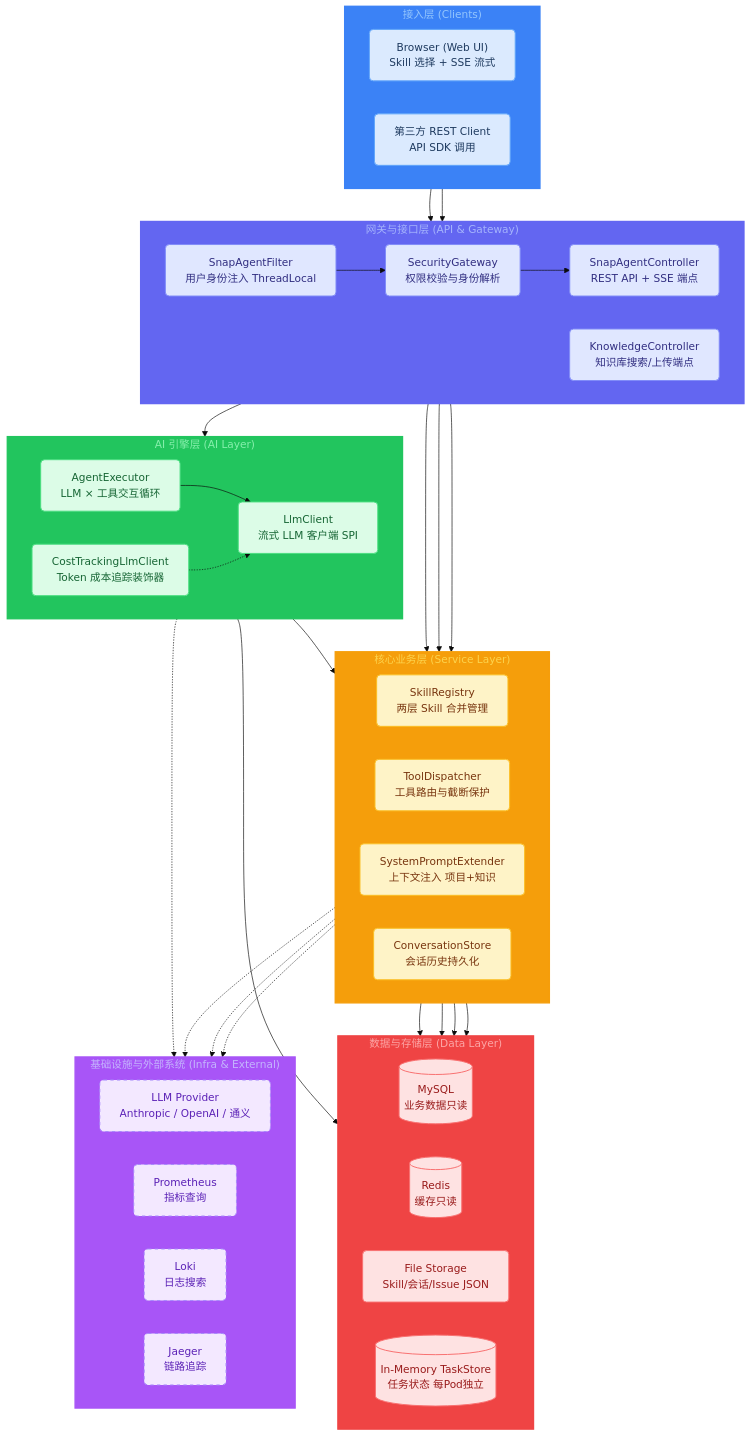
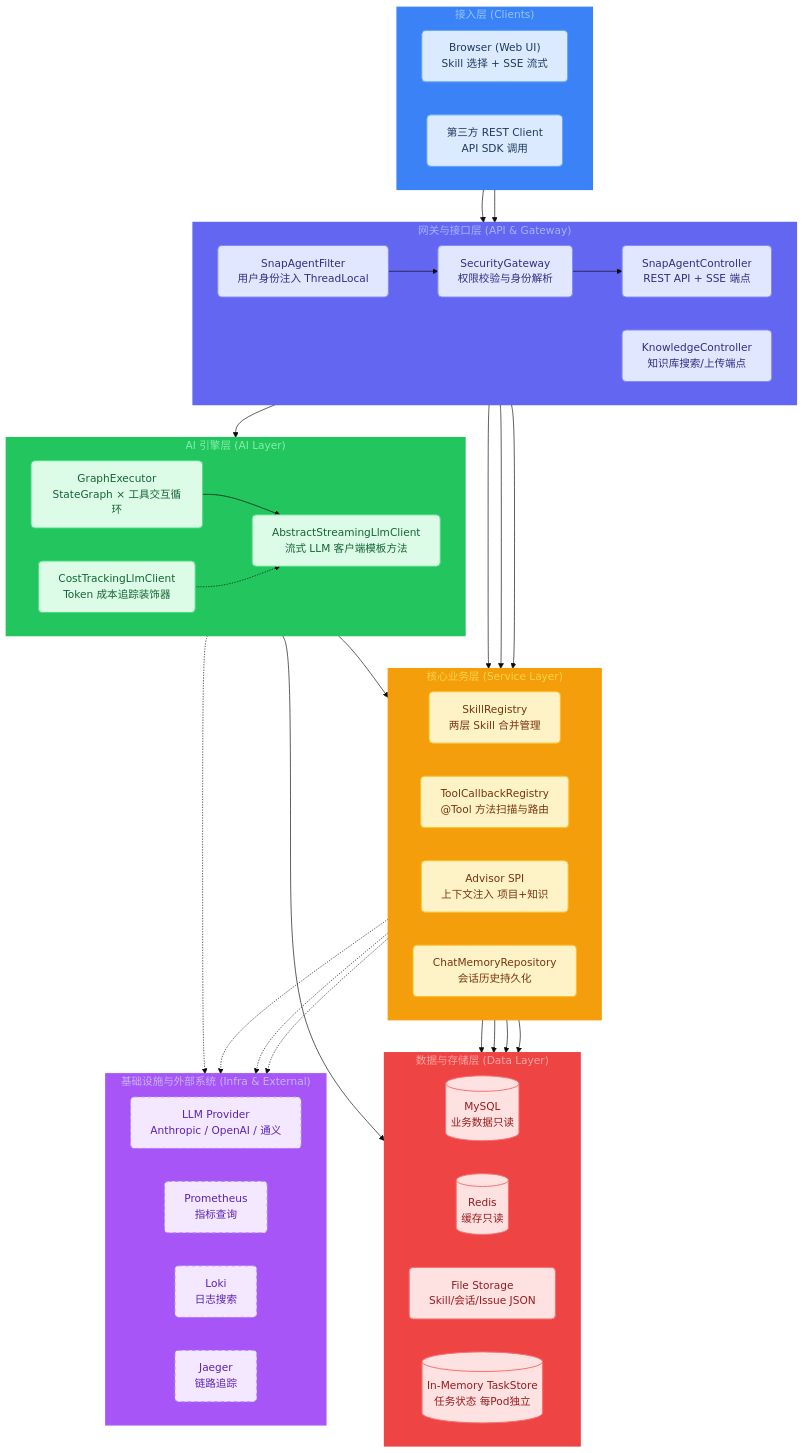
One commit to watson-song/snap-agent changed the diagram in docs/site/architecture/system-architecture.mmd. Above: the diagram before and after it, drawn with Mermaid (base theme). The commit also changed 47 other files, not shown here.

First line of the commit message:
docs: update all documentation for architecture deepening

```diff
--- a/docs/site/architecture/system-architecture.mmd
+++ b/docs/site/architecture/system-architecture.mmd
@@ -1,97 +1,97 @@
 graph TD
     %% ===== Glassmorphism Node Classes (Tailwind pastels, semi-transparent) =====
     classDef client fill:#dbeafe,stroke:#60a5fa,stroke-width:1.5px,color:#1e3a5f,rx:6px,ry:6px
     classDef api fill:#e0e7ff,stroke:#818cf8,stroke-width:1.5px,color:#312e81,rx:6px,ry:6px
     classDef service fill:#fef3c7,stroke:#fbbf24,stroke-width:1.5px,color:#78350f,rx:6px,ry:6px
     classDef ai fill:#dcfce7,stroke:#4ade80,stroke-width:1.5px,color:#166534,rx:6px,ry:6px
     classDef storage fill:#fee2e2,stroke:#f87171,stroke-width:1.5px,color:#991b1b,rx:6px,ry:6px
     classDef external fill:#f3e8ff,stroke:#a78bfa,stroke-width:1.5px,stroke-dasharray: 5 5,color:#5b21b6,rx:6px,ry:6px
 
     %% ===== L1 接入层 =====
     subgraph Client ["接入层 (Clients)"]
         direction LR
         A1["Browser (Web UI)<br/>Skill 选择 + SSE 流式"]
         A2["第三方 REST Client<br/>API SDK 调用"]
     end
 
     %% ===== L2 网关与接口层 =====
     subgraph Gateway ["网关与接口层 (API & Gateway)"]
         direction LR
         B1["SnapAgentFilter<br/>用户身份注入 ThreadLocal"]
         B2["SecurityGateway<br/>权限校验与身份解析"]
         B3["SnapAgentController<br/>REST API + SSE 端点"]
         B4["KnowledgeController<br/>知识库搜索/上传端点"]
     end
 
     %% ===== L3 核心业务层 =====
     subgraph Service ["核心业务层 (Service Layer)"]
         direction LR
         C1["SkillRegistry<br/>两层 Skill 合并管理"]
-        C2["ToolDispatcher<br/>工具路由与截断保护"]
-        C3["SystemPromptExtender<br/>上下文注入 项目+知识"]
-        C4["ConversationStore<br/>会话历史持久化"]
+        C2["ToolCallbackRegistry<br/>@Tool 方法扫描与路由"]
+        C3["Advisor SPI<br/>上下文注入 项目+知识"]
+        C4["ChatMemoryRepository<br/>会话历史持久化"]
     end
 
     %% ===== L4 AI 引擎层 =====
     subgraph AI ["AI 引擎层 (AI Layer)"]
         direction LR
-        D1["AgentExecutor<br/>LLM × 工具交互循环"]
-        D2["LlmClient<br/>流式 LLM 客户端 SPI"]
+        D1["GraphExecutor<br/>StateGraph × 工具交互循环"]
+        D2["AbstractStreamingLlmClient<br/>流式 LLM 客户端模板方法"]
         D3["CostTrackingLlmClient<br/>Token 成本追踪装饰器"]
     end
 
     %% ===== L5 数据与存储层 =====
     subgraph Data ["数据与存储层 (Data Layer)"]
         direction LR
         E1[("MySQL<br/>业务数据只读")]
         E2[("Redis<br/>缓存只读")]
         E3["File Storage<br/>Skill/会话/Issue JSON"]
         E4[("In-Memory TaskStore<br/>任务状态 每Pod独立")]
     end
 
     %% ===== L6 基础设施与外部系统 =====
     subgraph Infra ["基础设施与外部系统 (Infra & External)"]
         direction LR
         F1["LLM Provider<br/>Anthropic / OpenAI / 通义"]
         F2["Prometheus<br/>指标查询"]
         F3["Loki<br/>日志搜索"]
         F4["Jaeger<br/>链路追踪"]
     end
 
     %% ===== 连线规范：实线=同步调用，虚线=异步/跨层 =====
     A1 --> B3
     A2 --> B3
     B1 --> B2
     B2 --> B3
     B3 --> D1
     B3 --> C1
     B3 --> C4
     B4 --> C3
     D1 --> C2
     D1 --> D2
     D3 -.-> D2
     D2 -.-> F1
     C2 --> E1
     C2 --> E2
     C1 --> E3
     C4 --> E3
     D1 --> E4
     C2 -.-> F2
     C2 -.-> F3
     C2 -.-> F4
 
     %% ===== Glass Layer Styles (distinct transparent glass per layer) =====
     style Client fill:#3b82f6,stroke:#3b82f6,stroke-width:2px,color:#93c5fd
     style Gateway fill:#6366f1,stroke:#6366f1,stroke-width:2px,color:#a5b4fc
     style Service fill:#f59e0b,stroke:#f59e0b,stroke-width:2px,color:#fcd34d
     style AI fill:#22c55e,stroke:#22c55e,stroke-width:2px,color:#86efac
     style Data fill:#ef4444,stroke:#ef4444,stroke-width:2px,color:#fca5a5
     style Infra fill:#a855f7,stroke:#a855f7,stroke-width:2px,color:#c4b5fd
 
     %% ===== 应用颜色类 =====
     class A1,A2 client
     class B1,B2,B3,B4 api
     class C1,C2,C3,C4 service
     class D1,D2,D3 ai
     class E1,E2,E3,E4 storage
     class F1,F2,F3,F4 external
```
